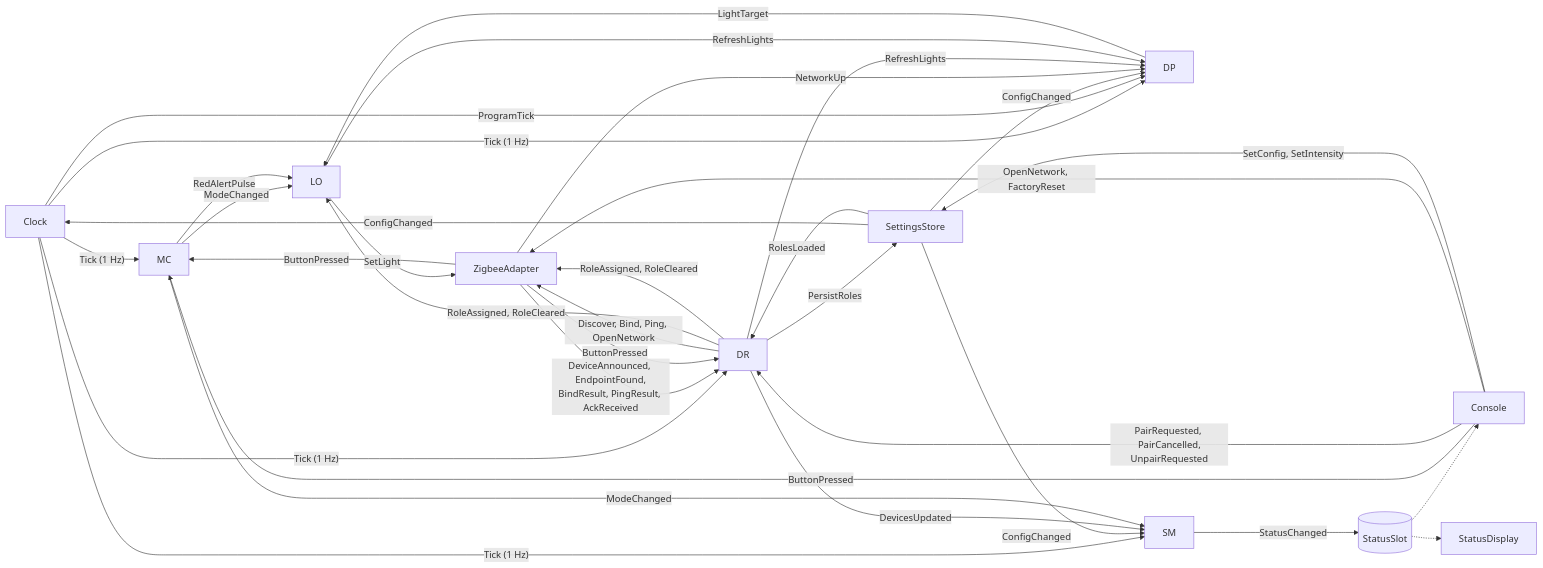
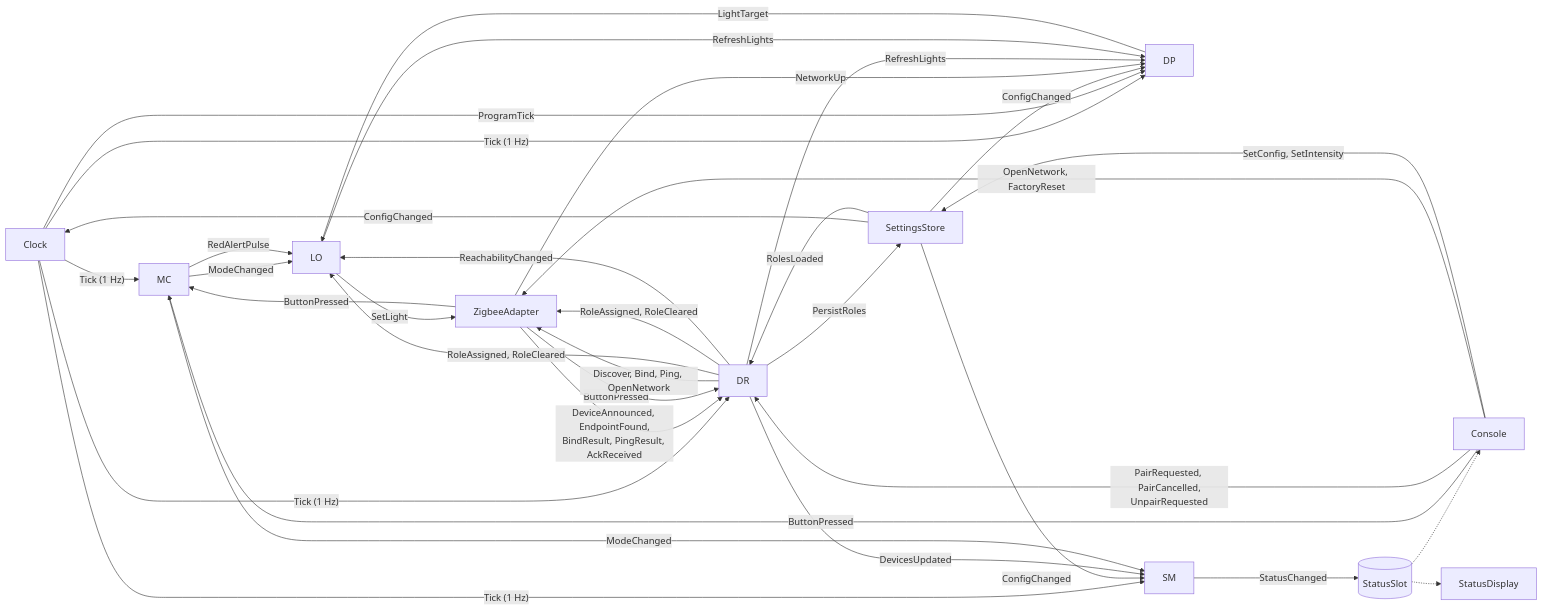
One commit to bjerre/sunsim changed the third of 5 diagrams in EVENT_DESIGN.md. Above: the diagram before and after it, drawn with Mermaid. The commit also changed other lines of this file and 18 other files, not shown here.

````diff
--- a/EVENT_DESIGN.md
+++ b/EVENT_DESIGN.md
@@ -113,32 +113,33 @@
 ```mermaid
 flowchart LR
     CK[Clock] -->|"Tick (1 Hz)"| MC & DR & DP & SM
     CK -->|ProgramTick| DP
 
     ST[SettingsStore] -->|ConfigChanged| DP & SM & CK
     ST -->|RolesLoaded| DR
 
     ZA[ZigbeeAdapter] -->|DeviceAnnounced, EndpointFound,<br/>BindResult, PingResult, AckReceived| DR
     ZA -->|ButtonPressed| MC & DR
     ZA -->|NetworkUp| DP
     CO[Console] -->|ButtonPressed| MC
     CO -->|PairRequested, PairCancelled,<br/>UnpairRequested| DR
     CO -->|OpenNetwork, FactoryReset| ZA
     CO -->|SetConfig, SetIntensity| ST
 
     DR -->|Discover, Bind, Ping, OpenNetwork| ZA
     DR -->|PersistRoles| ST
     DR -->|RoleAssigned, RoleCleared| LO & ZA
+    DR -->|ReachabilityChanged| LO
     DR -->|RefreshLights| DP
     DR -->|DevicesUpdated| SM
 
     MC -->|ModeChanged| LO & SM
     MC -->|RedAlertPulse| LO
 
     DP -->|LightTarget| LO
     LO -->|RefreshLights| DP
     LO -->|SetLight| ZA
 
     SM -->|StatusChanged| SLOT[("StatusSlot")]
     SLOT -.-> CO & DI[StatusDisplay]
 ```
````
